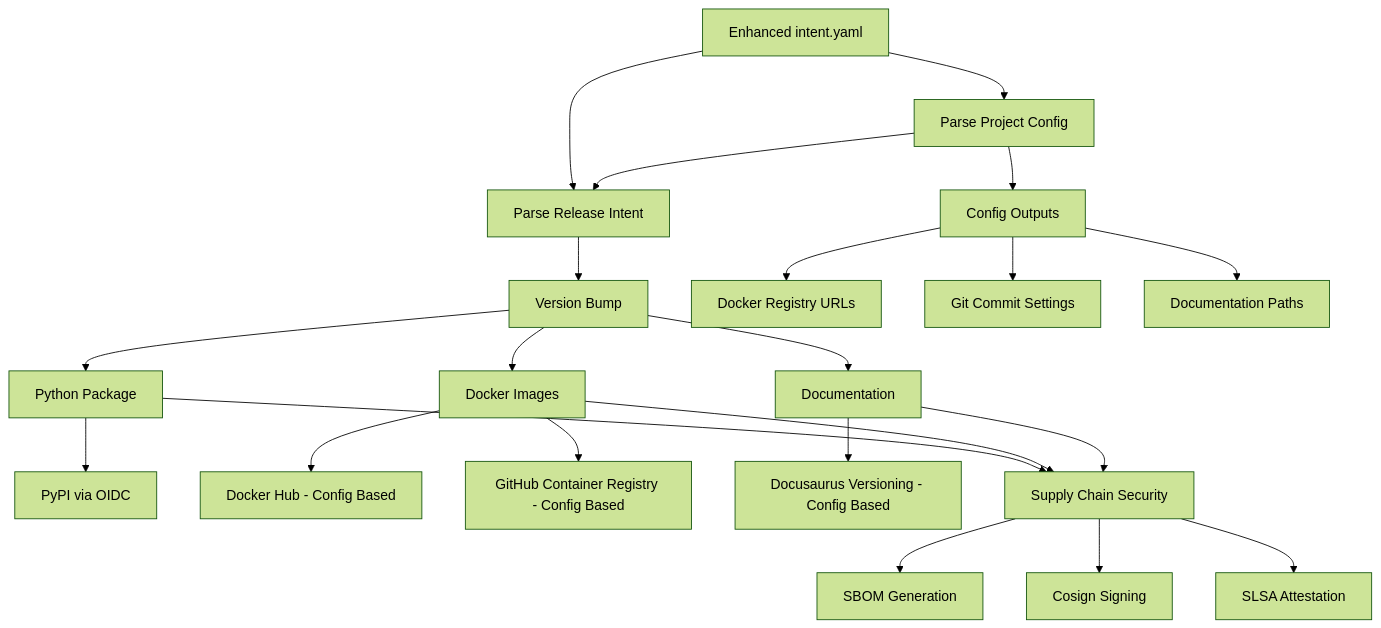
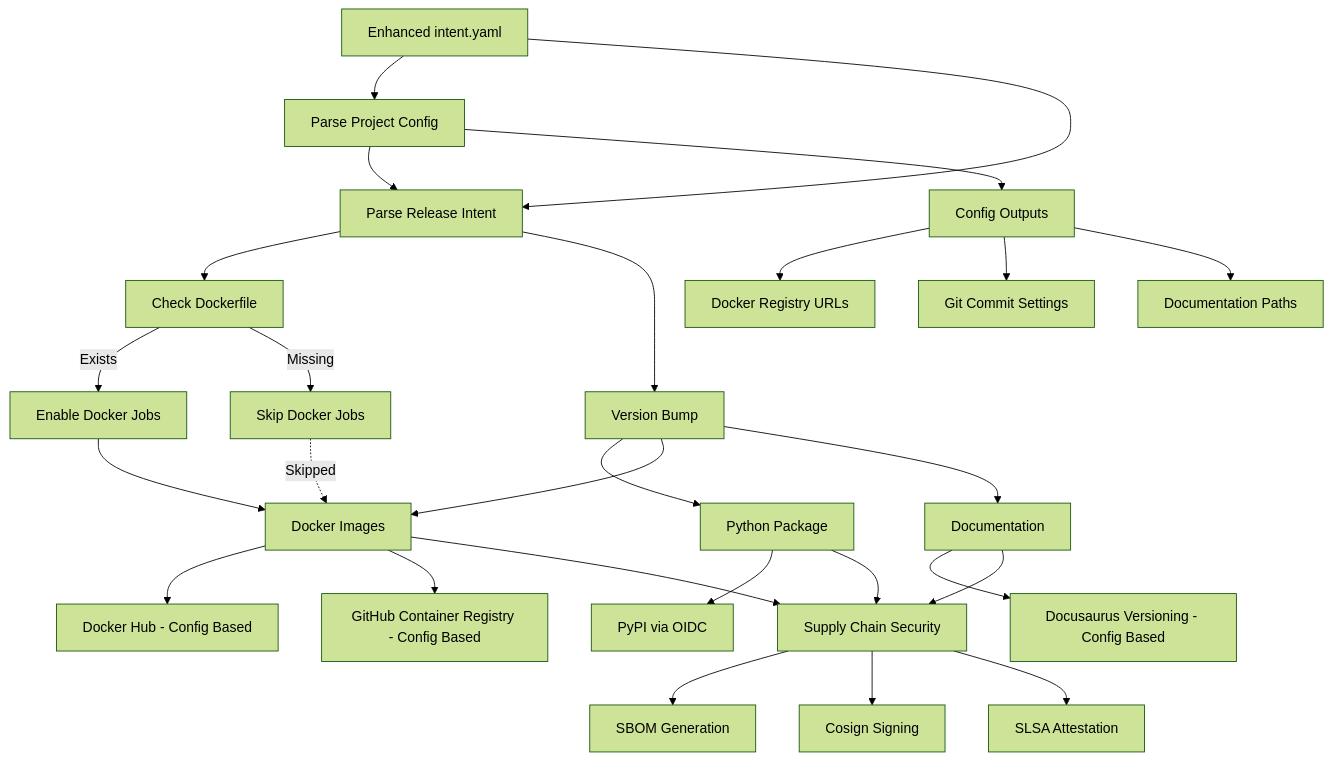
Before and after one commit to Chisanan232/slack-mcp-server: the first of 8 diagrams in docs/contents/development/ci-cd/release-system.mdx, drawn with Mermaid (forest theme). The commit also changed other lines of this file, not shown here.

Commit message:
✏️ Update the document content details about the CD changes of Dockerfile checking in the template repo.

````diff
--- a/docs/contents/development/ci-cd/release-system.mdx
+++ b/docs/contents/development/ci-cd/release-system.mdx
@@ -43,26 +43,33 @@
 ```mermaid
 graph TD
     A[Enhanced intent.yaml] --> B[Parse Project Config]
     A --> C[Parse Release Intent]
     B --> C
     
-    C --> D[Version Bump]
-    B --> E[Config Outputs]
-    E --> F[Docker Registry URLs]
-    E --> G[Git Commit Settings]  
-    E --> H[Documentation Paths]
+    C --> D[Check Dockerfile]
+    D -->|Exists| E[Enable Docker Jobs]
+    D -->|Missing| F[Skip Docker Jobs]
     
-    D --> I[Python Package]
-    D --> J[Docker Images]
-    D --> K[Documentation]
+    C --> G[Version Bump]
+    B --> H[Config Outputs]
+    H --> I[Docker Registry URLs]
+    H --> J[Git Commit Settings]  
+    H --> K[Documentation Paths]
     
-    I --> L[PyPI via OIDC]
-    J --> M[Docker Hub - Config Based]
-    J --> N[GitHub Container Registry - Config Based]
-    K --> O[Docusaurus Versioning - Config Based]
+    G --> L[Python Package]
+    G --> M[Docker Images]
+    G --> N[Documentation]
     
-    I & J & K --> P[Supply Chain Security]
-    P --> Q[SBOM Generation]
-    P --> R[Cosign Signing]  
-    P --> S[SLSA Attestation]
+    E --> M
+    F -.->|Skipped| M
+    
+    L --> O[PyPI via OIDC]
+    M --> P[Docker Hub - Config Based]
+    M --> Q[GitHub Container Registry - Config Based]
+    N --> R[Docusaurus Versioning - Config Based]
+    
+    L & M & N --> S[Supply Chain Security]
+    S --> T[SBOM Generation]
+    S --> U[Cosign Signing]  
+    S --> V[SLSA Attestation]
 ```
````
